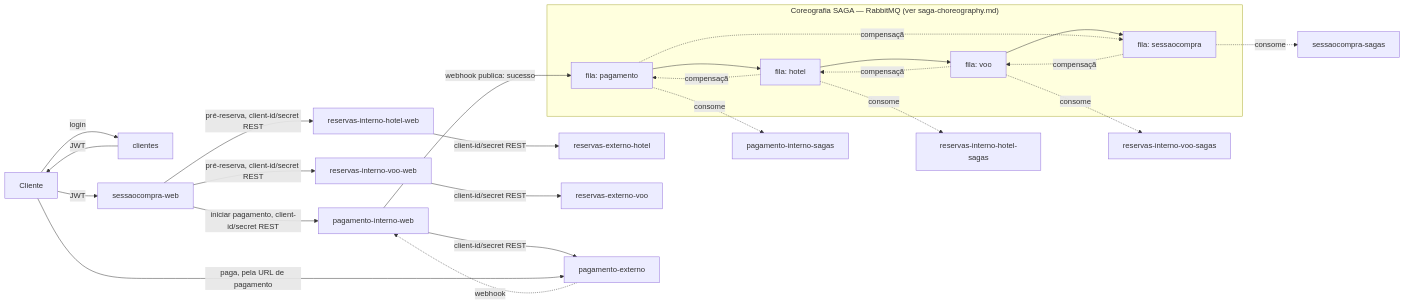
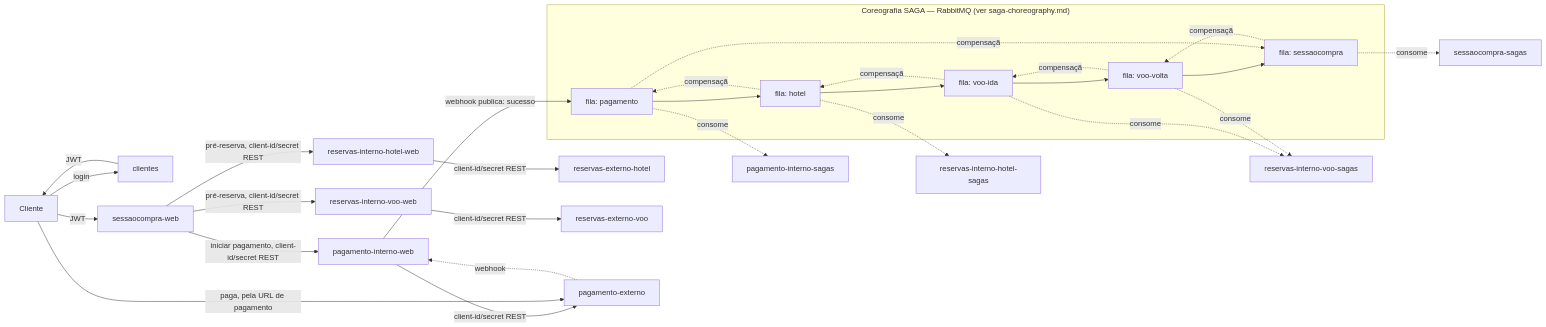
The diagram in docs/architecture-overview.md (EdyKnopfler/estudo-arquitetura-monorepo), drawn with Mermaid before and after one commit. The commit also changed other lines of this file and 55 other files, not shown here.

````diff
--- a/docs/architecture-overview.md
+++ b/docs/architecture-overview.md
@@ -50,30 +61,33 @@
 ```mermaid
 flowchart LR
   C[Cliente] -->|login| clientes
   clientes -->|JWT| C
   C -->|JWT| sessaocompra-web
   sessaocompra-web -->|pré-reserva, client-id/secret REST| reservas-interno-hotel-web
   sessaocompra-web -->|pré-reserva, client-id/secret REST| reservas-interno-voo-web
   reservas-interno-hotel-web -->|client-id/secret REST| reservas-externo-hotel
   reservas-interno-voo-web -->|client-id/secret REST| reservas-externo-voo
   sessaocompra-web -->|iniciar pagamento, client-id/secret REST| pagamento-interno-web
   pagamento-interno-web -->|client-id/secret REST| pagamento-externo
   C -->|paga, pela URL de pagamento| pagamento-externo
   pagamento-externo -.webhook.-> pagamento-interno-web
 
   subgraph SAGA["Coreografia SAGA — RabbitMQ (ver saga-choreography.md)"]
     Qpag[fila: pagamento] --> Qhotel[fila: hotel]
-    Qhotel --> Qvoo[fila: voo]
-    Qvoo --> Qsc[fila: sessaocompra]
-    Qsc -.compensação.-> Qvoo
-    Qvoo -.compensação.-> Qhotel
+    Qhotel --> Qida[fila: voo-ida]
+    Qida --> Qvolta[fila: voo-volta]
+    Qvolta --> Qsc[fila: sessaocompra]
+    Qsc -.compensação.-> Qvolta
+    Qvolta -.compensação.-> Qida
+    Qida -.compensação.-> Qhotel
     Qhotel -.compensação.-> Qpag
     Qpag -.compensação.-> Qsc
   end
 
   pagamento-interno-web -->|webhook publica: sucesso| Qpag
   Qsc -.consome.-> sessaocompra-sagas
   Qpag -.consome.-> pagamento-interno-sagas
   Qhotel -.consome.-> reservas-interno-hotel-sagas
-  Qvoo -.consome.-> reservas-interno-voo-sagas
+  Qida -.consome.-> reservas-interno-voo-sagas
+  Qvolta -.consome.-> reservas-interno-voo-sagas
 ```
````
